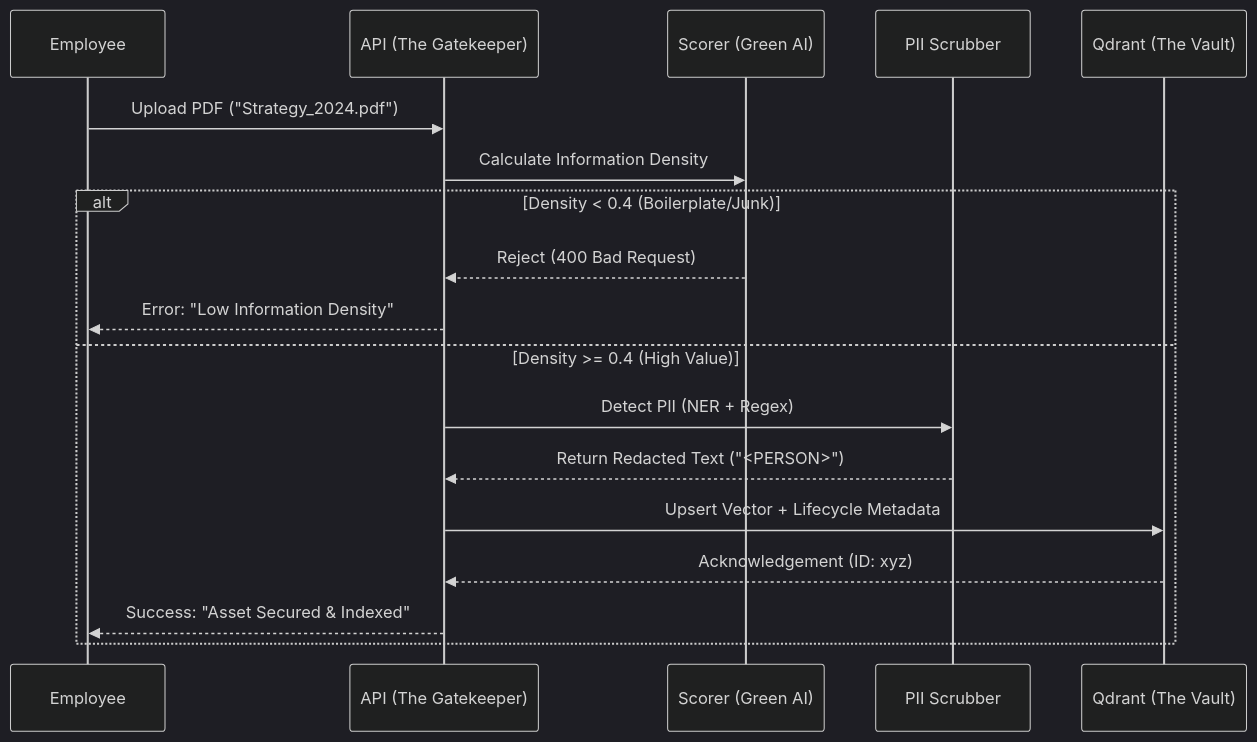
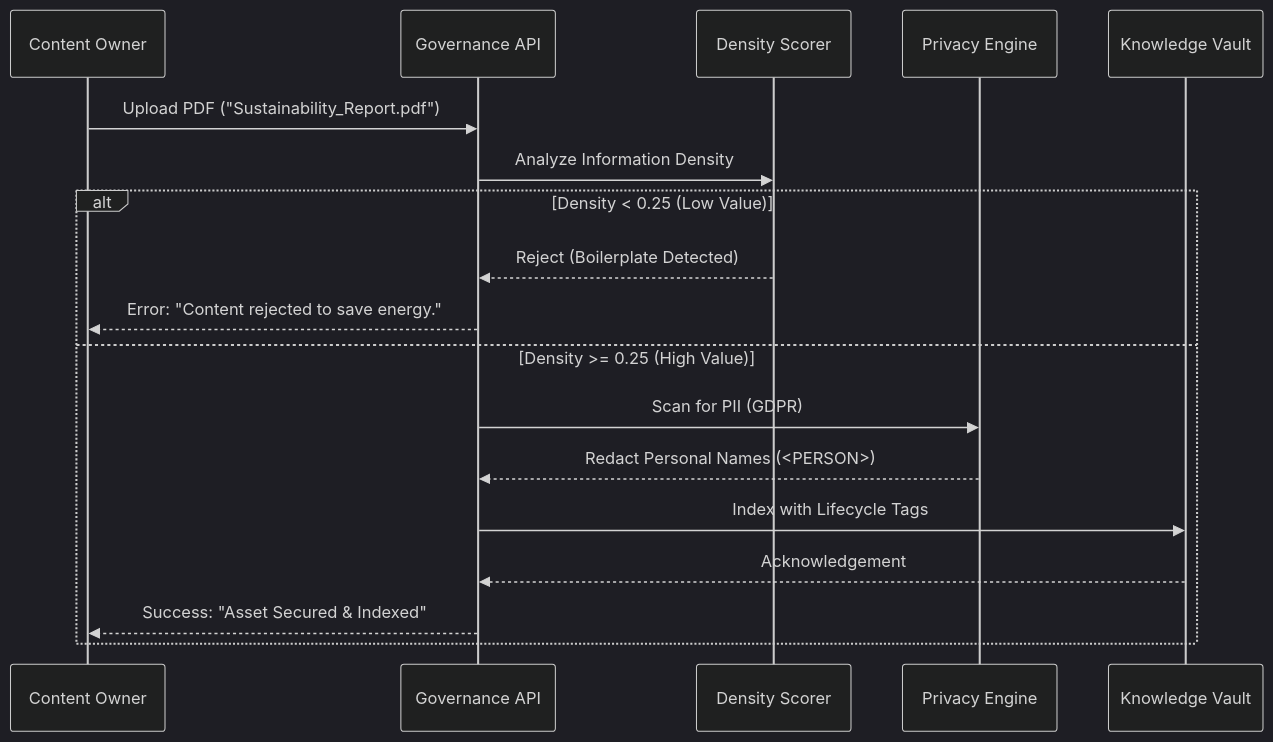
The second of 2 diagrams in README.md (Nibir1/Axiom), drawn with Mermaid (dark theme) before and after one commit. The commit also changed other lines of this file, not shown here.

````diff
--- a/README.md
+++ b/README.md
@@ -53,22 +64,22 @@
 ```mermaid
 sequenceDiagram
-    participant U as Employee
-    participant A as API (The Gatekeeper)
-    participant S as Scorer (Green AI)
-    participant P as PII Scrubber
-    participant V as Qdrant (The Vault)
+    participant U as Content Owner
+    participant A as Governance API
+    participant S as Density Scorer
+    participant P as Privacy Engine
+    participant V as Knowledge Vault
     
-    U->>A: Upload PDF ("Strategy_2024.pdf")
-    A->>S: Calculate Information Density
-    alt Density < 0.4 (Boilerplate/Junk)
-        S-->>A: Reject (400 Bad Request)
-        A-->>U: Error: "Low Information Density"
-    else Density >= 0.4 (High Value)
-        A->>P: Detect PII (NER + Regex)
-        P-->>A: Return Redacted Text ("<PERSON>")
-        A->>V: Upsert Vector + Lifecycle Metadata
-        V-->>A: Acknowledgement (ID: xyz)
+    U->>A: Upload PDF ("Sustainability_Report.pdf")
+    A->>S: Analyze Information Density
+    alt Density < 0.25 (Low Value)
+        S-->>A: Reject (Boilerplate Detected)
+        A-->>U: Error: "Content rejected to save energy."
+    else Density >= 0.25 (High Value)
+        A->>P: Scan for PII (GDPR)
+        P-->>A: Redact Personal Names (<PERSON>)
+        A->>V: Index with Lifecycle Tags
+        V-->>A: Acknowledgement
         A-->>U: Success: "Asset Secured & Indexed"
     end
 
 ```
````
